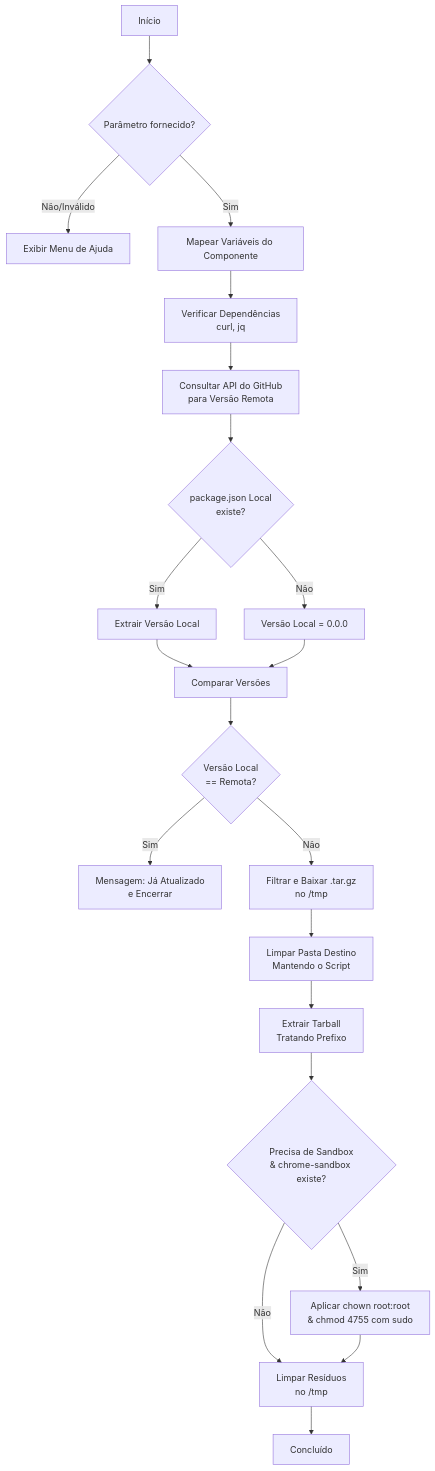
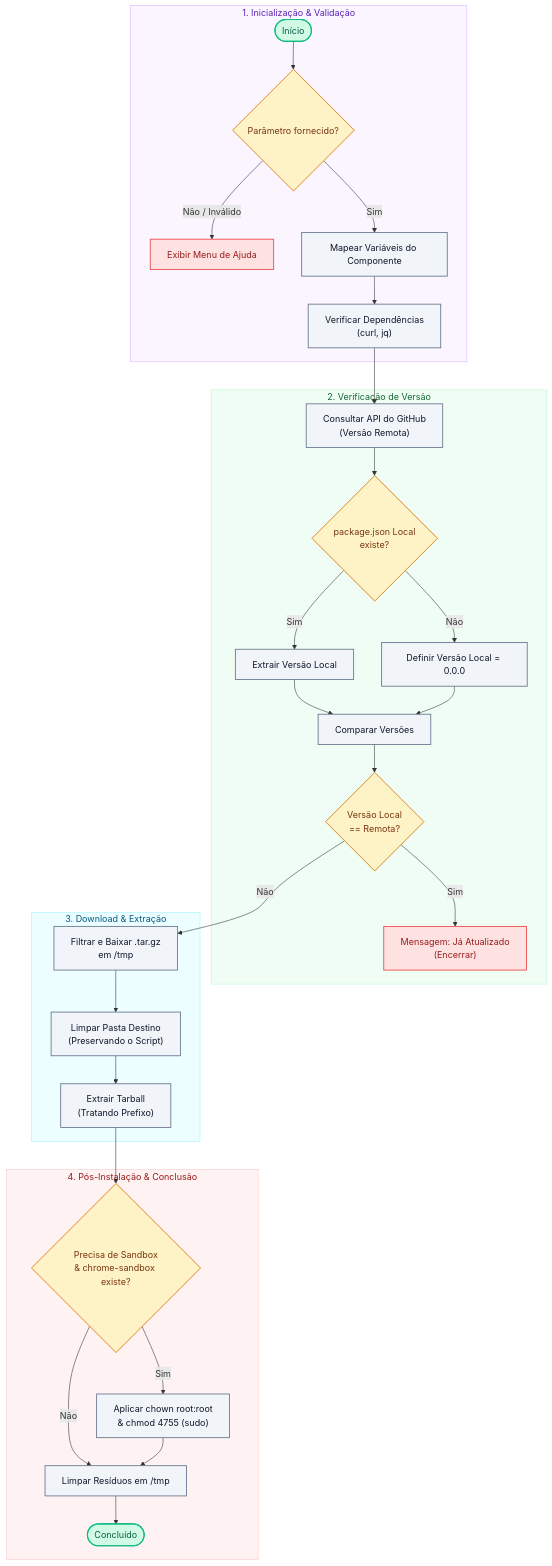
The diagram in Docs/analise_viabilidade_pipeline.md (RafaeldsSiqueira/agy-pipeline), drawn with Mermaid before and after one commit. The commit also changed 4 other files, not shown here.

Commit message:
feat: aprimora atualizador com suporte a pinning, resolucao dinamica, backup com rollback e testes sandbox

````diff
--- a/Docs/analise_viabilidade_pipeline.md
+++ b/Docs/analise_viabilidade_pipeline.md
@@ -19,23 +19,74 @@
 ```mermaid
-graph TD
-    A["Início"] --> B{"Parâmetro fornecido?"}
-    B -->|Não/Inválido| C["Exibir Menu de Ajuda"]
-    B -->|Sim| D["Mapear Variáveis do Componente"]
-    D --> E["Verificar Dependências<br/>curl, jq"]
-    E --> F["Consultar API do GitHub<br/>para Versão Remota"]
-    F --> G{"package.json Local<br/>existe?"}
-    G -->|Sim| H["Extrair Versão Local"]
-    G -->|Não| I["Versão Local = 0.0.0"]
-    H --> J["Comparar Versões"]
+flowchart TD
+    %% Subgraphs for visual grouping
+    subgraph Init ["1. Inicialização & Validação"]
+        A(["Início"])
+        B{"Parâmetro fornecido?"}
+        C["Exibir Menu de Ajuda"]
+        D["Mapear Variáveis do Componente"]
+        E["Verificar Dependências<br/>(curl, jq)"]
+    end
+
+    subgraph Check ["2. Verificação de Versão"]
+        F["Consultar API do GitHub<br/>(Versão Remota)"]
+        G{"package.json Local<br/>existe?"}
+        H["Extrair Versão Local"]
+        I["Definir Versão Local = 0.0.0"]
+        J["Comparar Versões"]
+        K{"Versão Local<br/>== Remota?"}
+        L["Mensagem: Já Atualizado<br/>(Encerrar)"]
+    end
+
+    subgraph Install ["3. Download & Extração"]
+        M["Filtrar e Baixar .tar.gz<br/>em /tmp"]
+        N["Limpar Pasta Destino<br/>(Preservando o Script)"]
+        O["Extrair Tarball<br/>(Tratando Prefixo)"]
+    end
+
+    subgraph PostInstall ["4. Pós-Instalação & Conclusão"]
+        P{"Precisa de Sandbox<br/>& chrome-sandbox existe?"}
+        Q["Aplicar chown root:root<br/>& chmod 4755 (sudo)"]
+        R["Limpar Resíduos em /tmp"]
+        S(["Concluído"])
+    end
+
+    %% Flow connections
+    A --> B
+    B -->|Não / Inválido| C
+    B -->|Sim| D
+    D --> E
+    E --> F
+    F --> G
+    G -->|Sim| H
+    G -->|Não| I
+    H --> J
     I --> J
-    J --> K{"Versão Local<br/>== Remota?"}
-    K -->|Sim| L["Mensagem: Já Atualizado<br/>e Encerrar"]
-    K -->|Não| M["Filtrar e Baixar .tar.gz<br/>no /tmp"]
-    M --> N["Limpar Pasta Destino<br/>Mantendo o Script"]
-    N --> O["Extrair Tarball<br/>Tratando Prefixo"]
-    O --> P{"Precisa de Sandbox<br/>& chrome-sandbox existe?"}
-    P -->|Sim| Q["Aplicar chown root:root<br/>& chmod 4755 com sudo"]
-    P -->|Não| R["Limpar Resíduos<br/>no /tmp"]
+    J --> K
+    K -->|Sim| L
+    K -->|Não| M
+    M --> N
+    N --> O
+    O --> P
+    P -->|Sim| Q
+    P -->|Não| R
     Q --> R
-    R --> S["Concluído"]
+    R --> S
+
+    %% Styling Classes
+    classDef startEnd fill:#d1fae5,stroke:#10b981,stroke-width:2px,color:#065f46;
+    classDef process fill:#f1f5f9,stroke:#64748b,stroke-width:1.5px,color:#0f172a;
+    classDef decision fill:#fef3c7,stroke:#d97706,stroke-width:1.5px,color:#78350f;
+    classDef terminal fill:#fee2e2,stroke:#ef4444,stroke-width:1.5px,color:#991b1b;
+
+    %% Apply classes
+    class A,S startEnd;
+    class D,E,F,H,I,J,M,N,O,Q,R process;
+    class B,G,K,P decision;
+    class C,L terminal;
+
+    %% Style subgraphs
+    style Init fill:#faf5ff,stroke:#d8b4fe,stroke-width:1px,color:#5b21b6
+    style Check fill:#f0fdf4,stroke:#bbf7d0,stroke-width:1px,color:#166534
+    style Install fill:#ecfeff,stroke:#a5f3fc,stroke-width:1px,color:#075985
+    style PostInstall fill:#fef2f2,stroke:#fecaca,stroke-width:1px,color:#991b1b
 ```
````
